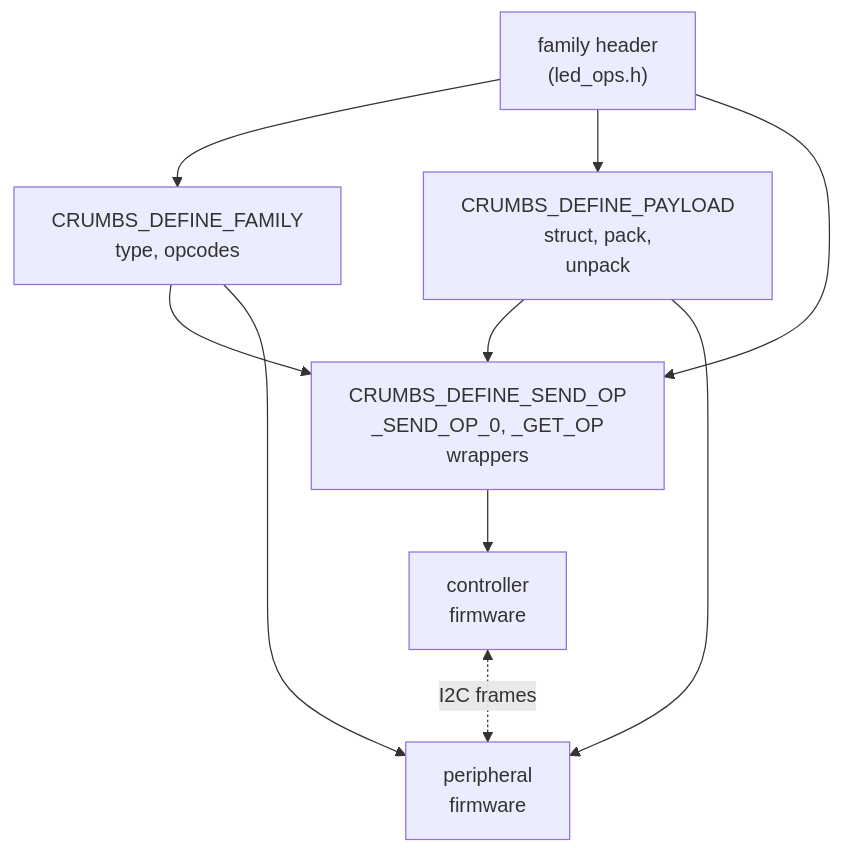
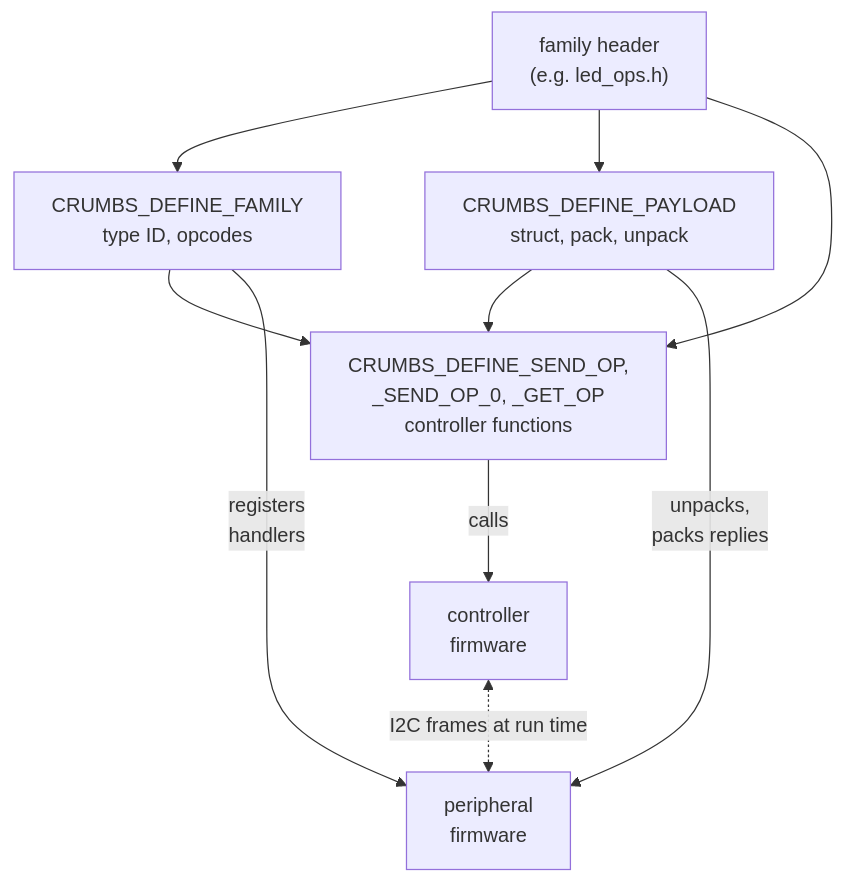
Before and after one commit to feastorg/CRUMBS: the fifth of 5 diagrams in docs/architecture.md, drawn with Mermaid. The commit also changed other lines of this file and 5 other files, not shown here.

First line of the commit message:
docs: make the figures and diagrams readable without the code (#136)

````diff
--- a/docs/architecture.md
+++ b/docs/architecture.md
@@ -217,13 +220,13 @@
 ```mermaid
 flowchart TD
-    H["family header<br/>(led_ops.h)"]
-    H --> F["CRUMBS_DEFINE_FAMILY<br/>type, opcodes"]
-    H --> PL["CRUMBS_DEFINE_PAYLOAD<br/>struct, pack,<br/>unpack"]
-    H --> W["CRUMBS_DEFINE_SEND_OP<br/>_SEND_OP_0, _GET_OP<br/>wrappers"]
+    H["family header<br/>(e.g. led_ops.h)"]
+    H --> F["CRUMBS_DEFINE_FAMILY<br/>type ID, opcodes"]
+    H --> PL["CRUMBS_DEFINE_PAYLOAD<br/>struct, pack, unpack"]
+    H --> W["CRUMBS_DEFINE_SEND_OP,<br/>_SEND_OP_0, _GET_OP<br/>controller functions"]
     F --> W
     PL --> W
-    W --> CTRL["controller<br/>firmware"]
-    F --> PER["peripheral<br/>firmware"]
-    PL --> PER
-    CTRL <-. "I2C frames" .-> PER
+    W -- "calls" --> CTRL["controller<br/>firmware"]
+    F -- "registers<br/>handlers" --> PER["peripheral<br/>firmware"]
+    PL -- "unpacks,<br/>packs replies" --> PER
+    CTRL <-. "I2C frames at run time" .-> PER
 ```
````
